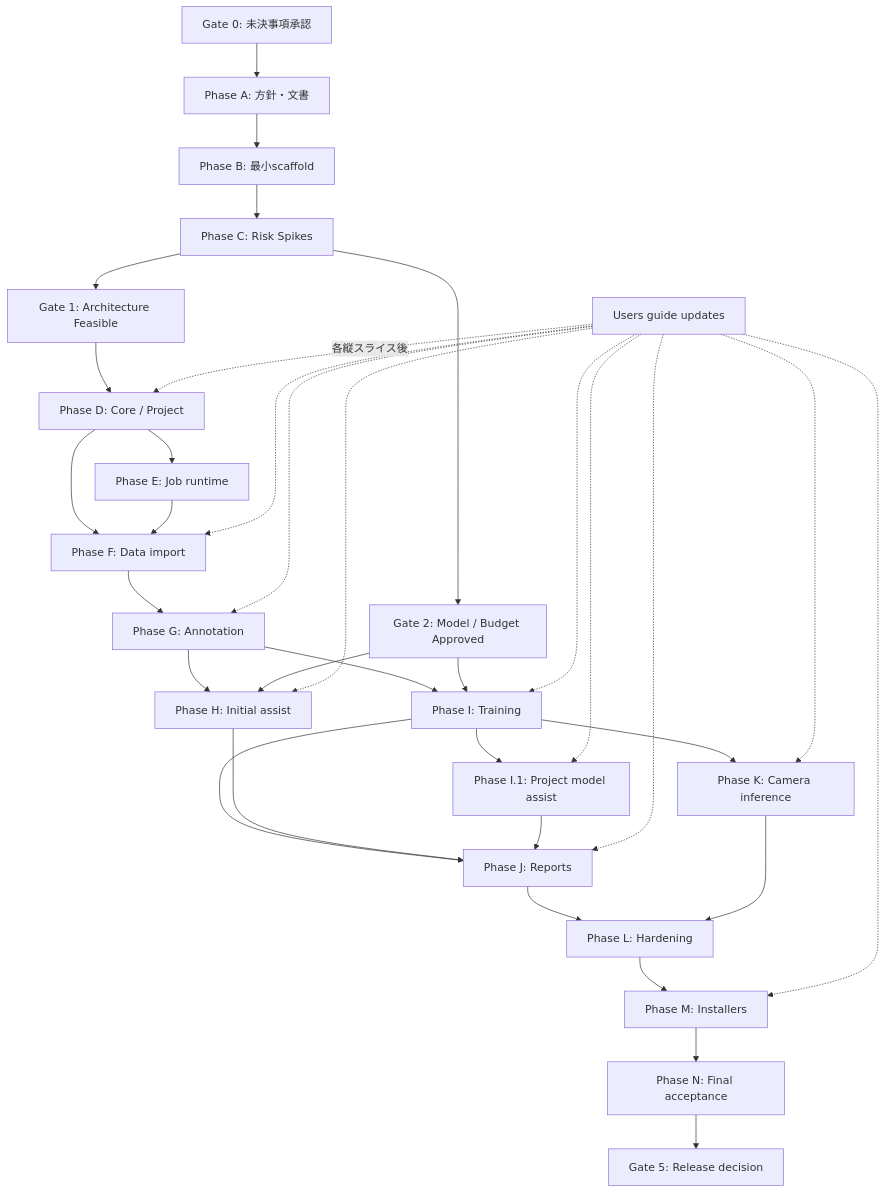
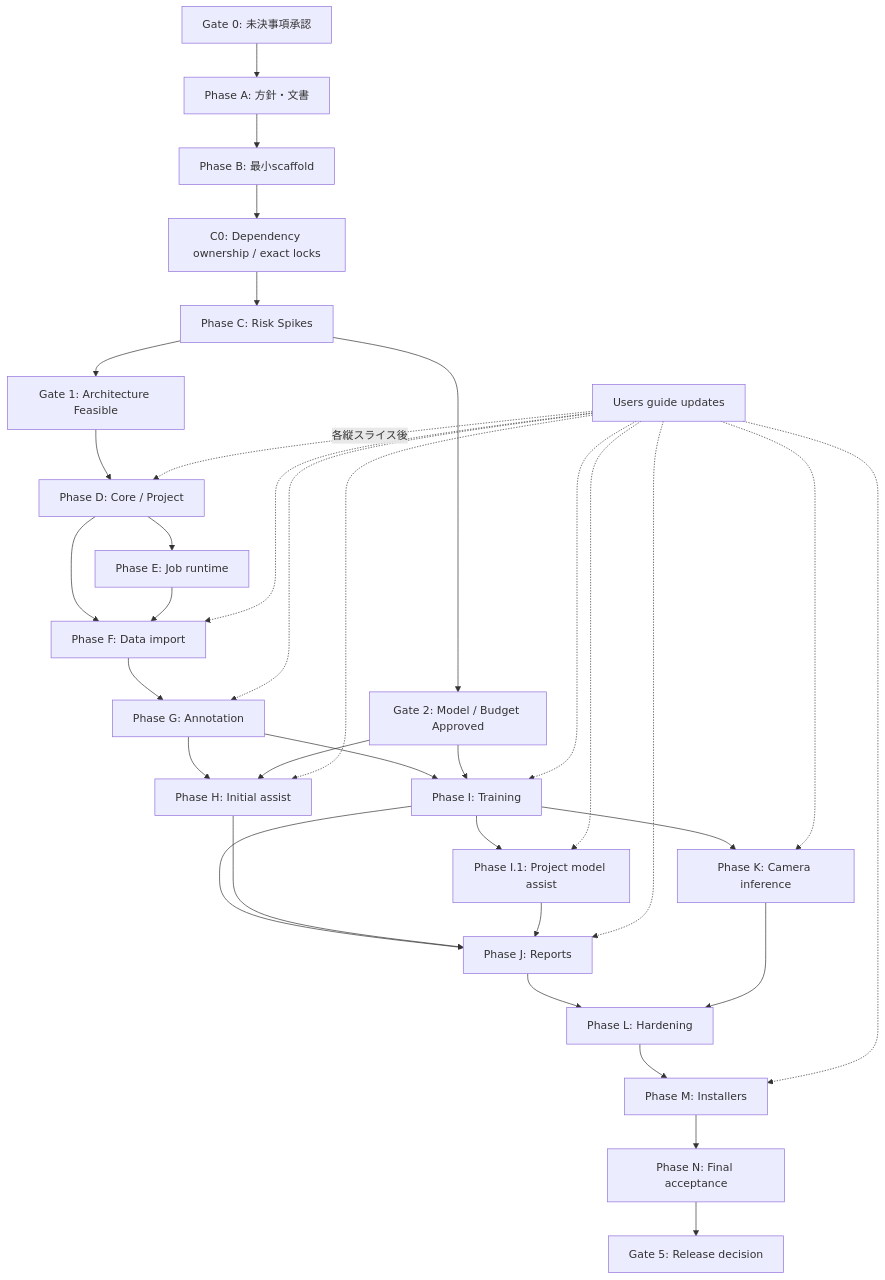
The second of 2 diagrams in docs/implementation-plan.md (dahatake/AutoVision-Studio), drawn with Mermaid before and after one commit. The commit also changed other lines of this file and 1 other file, not shown here.

First line of the commit message:
docs(C0-PLAN): assign Phase C dependency ownership

````diff
--- a/docs/implementation-plan.md
+++ b/docs/implementation-plan.md
@@ -185,36 +185,37 @@
 ```mermaid
 flowchart TD
     G0[Gate 0: 未決事項承認] --> A[Phase A: 方針・文書]
     A --> B[Phase B: 最小scaffold]
-    B --> C[Phase C: Risk Spikes]
+    B --> C0[C0: Dependency ownership / exact locks]
+    C0 --> C[Phase C: Risk Spikes]
     C --> G1[Gate 1: Architecture Feasible]
     C --> G2[Gate 2: Model / Budget Approved]
     G1 --> D[Phase D: Core / Project]
     D --> E[Phase E: Job runtime]
     D --> F[Phase F: Data import]
     E --> F
     F --> N[Phase G: Annotation]
     N --> AS[Phase H: Initial assist]
     N --> TR[Phase I: Training]
     G2 --> AS
     G2 --> TR
     TR --> ASP[Phase I.1: Project model assist]
     TR --> RP[Phase J: Reports]
     TR --> IN[Phase K: Camera inference]
     AS --> RP
     ASP --> RP
     RP --> H[Phase L: Hardening]
     IN --> H
     H --> PK[Phase M: Installers]
     PK --> FIN[Phase N: Final acceptance]
     FIN --> G5[Gate 5: Release decision]
     DOC[Users guide updates] -.各縦スライス後.-> D
     DOC -.-> F
     DOC -.-> N
     DOC -.-> AS
     DOC -.-> TR
     DOC -.-> ASP
     DOC -.-> RP
     DOC -.-> IN
     DOC -.-> PK
 ```
````
